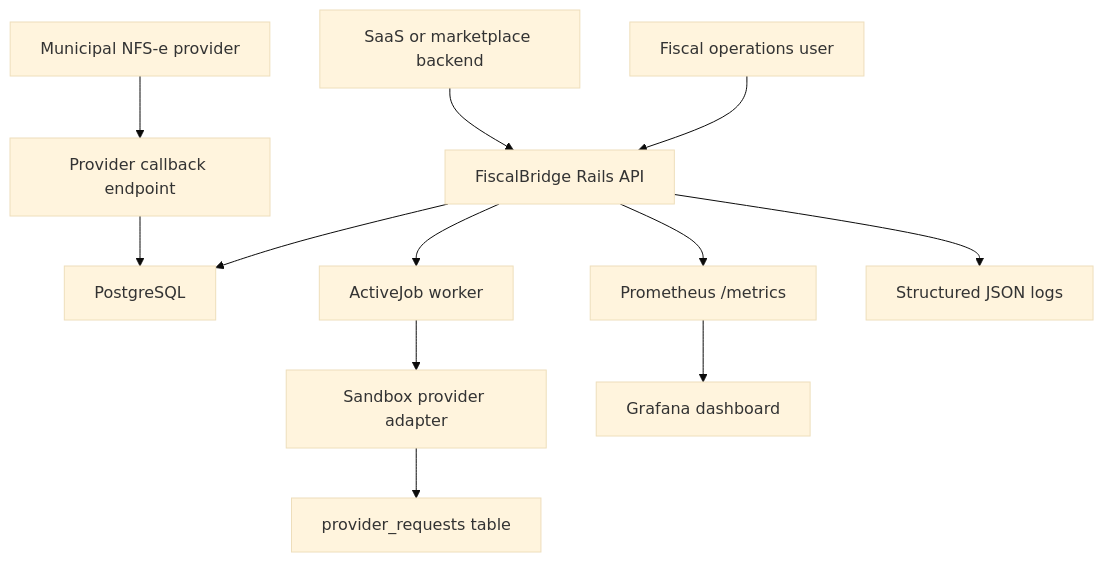
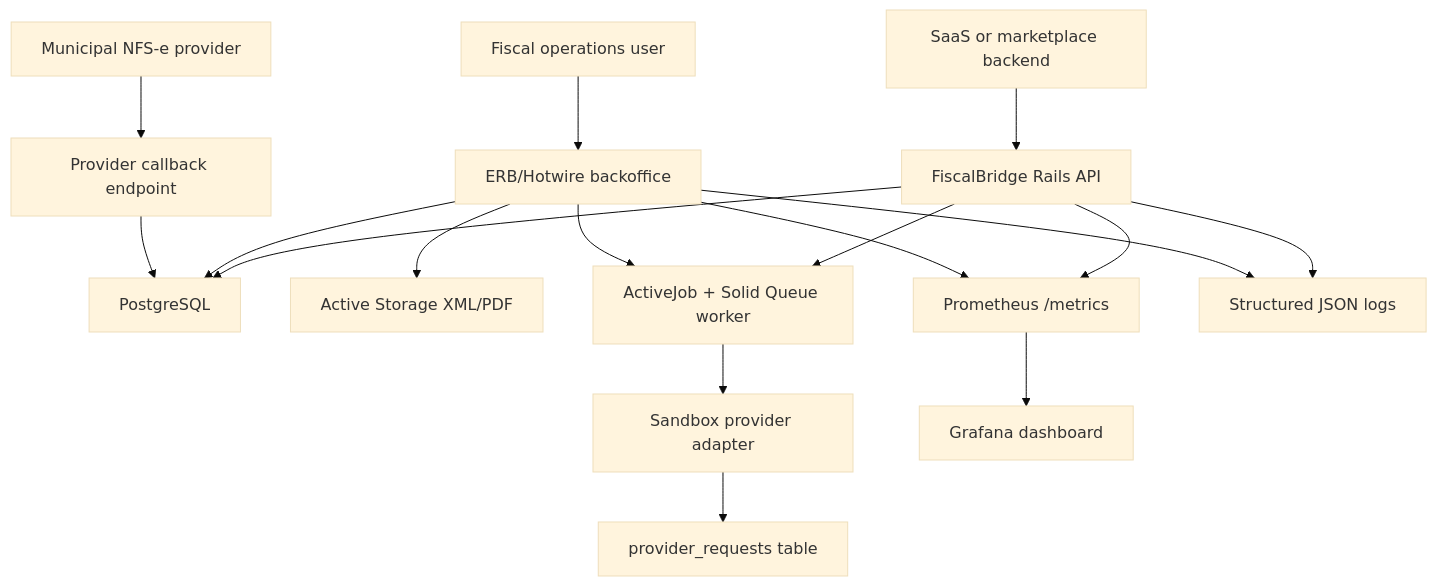
Before and after one commit to Defyland/fiscalbridge-rails-nfse-platform: the diagram in docs/diagrams/container.md, drawn with Mermaid (base theme). The commit also changed 114 other files, not shown here.

````diff
--- a/docs/diagrams/container.md
+++ b/docs/diagrams/container.md
@@ -3,14 +3,19 @@
 ```mermaid
 flowchart TB
   Client["SaaS or marketplace backend"] --> API["FiscalBridge Rails API"]
-  Operator["Fiscal operations user"] --> API
+  Operator["Fiscal operations user"] --> Web["ERB/Hotwire backoffice"]
   Provider["Municipal NFS-e provider"] --> Callback["Provider callback endpoint"]
   API --> DB["PostgreSQL"]
-  API --> Jobs["ActiveJob worker"]
+  Web --> DB
+  Web --> Storage["Active Storage XML/PDF"]
+  API --> Jobs["ActiveJob + Solid Queue worker"]
+  Web --> Jobs
   Jobs --> ProviderAdapter["Sandbox provider adapter"]
   ProviderAdapter --> ProviderEvidence["provider_requests table"]
   API --> Metrics["Prometheus /metrics"]
+  Web --> Metrics
   Metrics --> Grafana["Grafana dashboard"]
   API --> Logs["Structured JSON logs"]
+  Web --> Logs
   Callback --> DB
 ```
````
